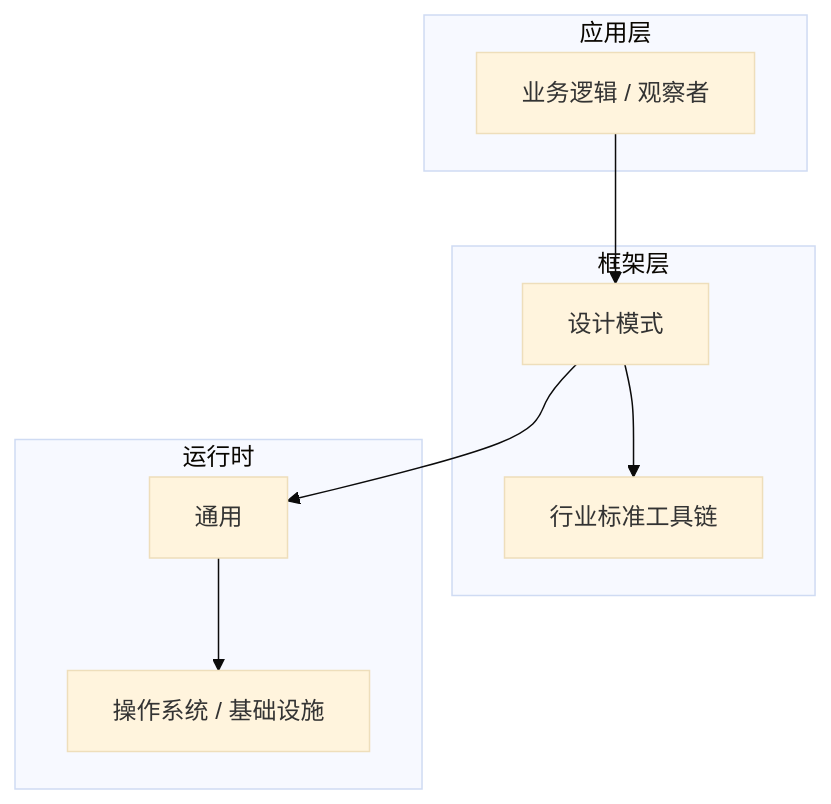
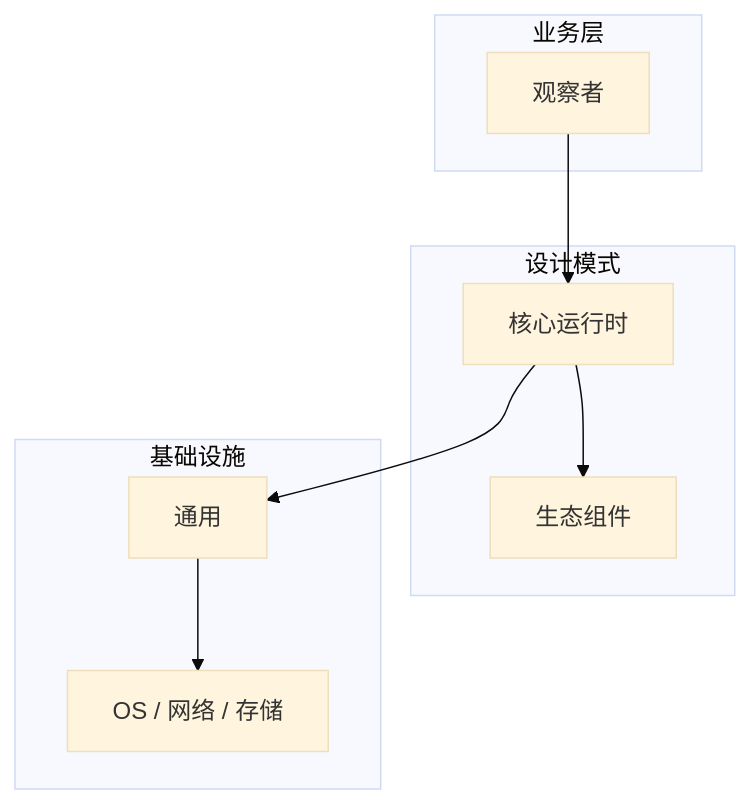
The diagram in articles/设计模式/chapters/068-观察者核心概念与原理.md (yanggan2015/knowledge-json-v2), drawn with Mermaid (base theme) before and after one commit. The commit also changed other lines of this file and 10127 other files, not shown here.

````diff
--- a/articles/设计模式/chapters/068-观察者核心概念与原理.md
+++ b/articles/设计模式/chapters/068-观察者核心概念与原理.md
@@ -45,18 +34,18 @@
 ```mermaid
 graph TB
-    subgraph 应用层
-        A[业务逻辑 / 观察者]
+    subgraph 业务层
+        A[观察者]
     end
-    subgraph 框架层
-        B[设计模式]
-        C[行业标准工具链]
+    subgraph 设计模式
+        B[核心运行时]
+        C[生态组件]
     end
-    subgraph 运行时
+    subgraph 基础设施
         D[通用]
-        E[操作系统 / 基础设施]
+        E[OS / 网络 / 存储]
     end
     A --> B
     B --> C
     B --> D
     D --> E
 ```
````
